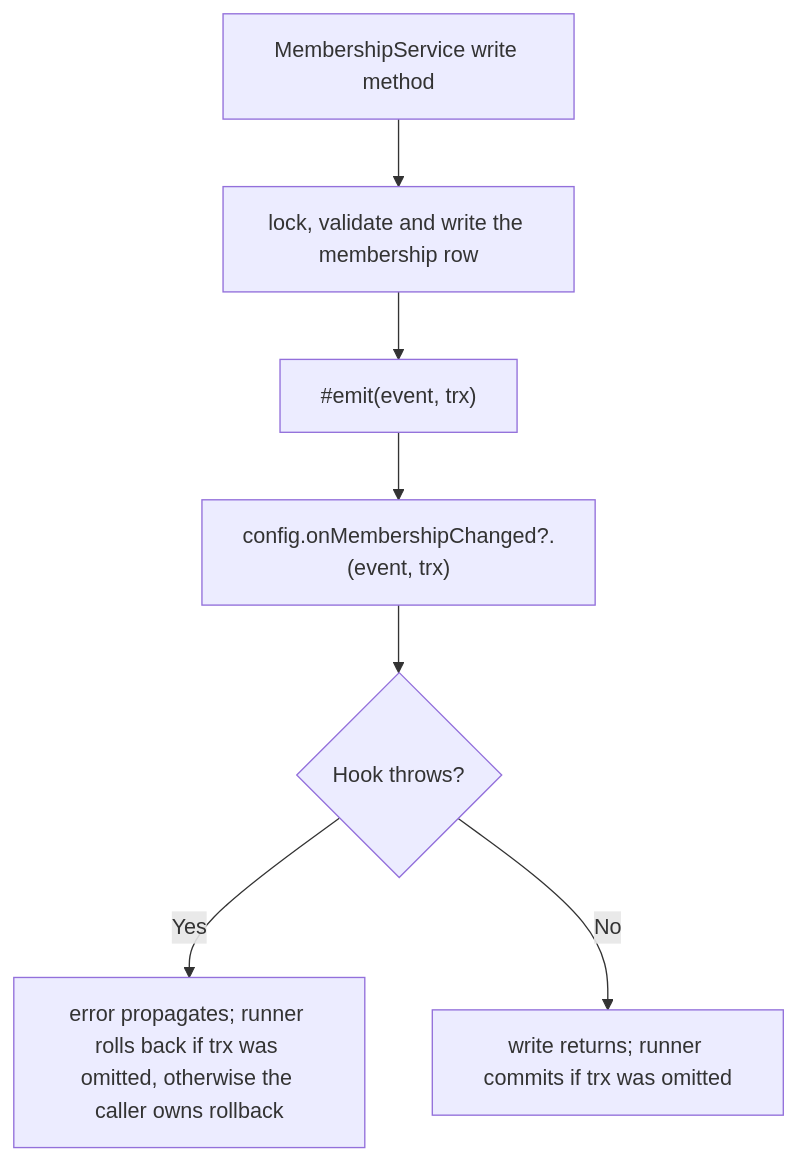
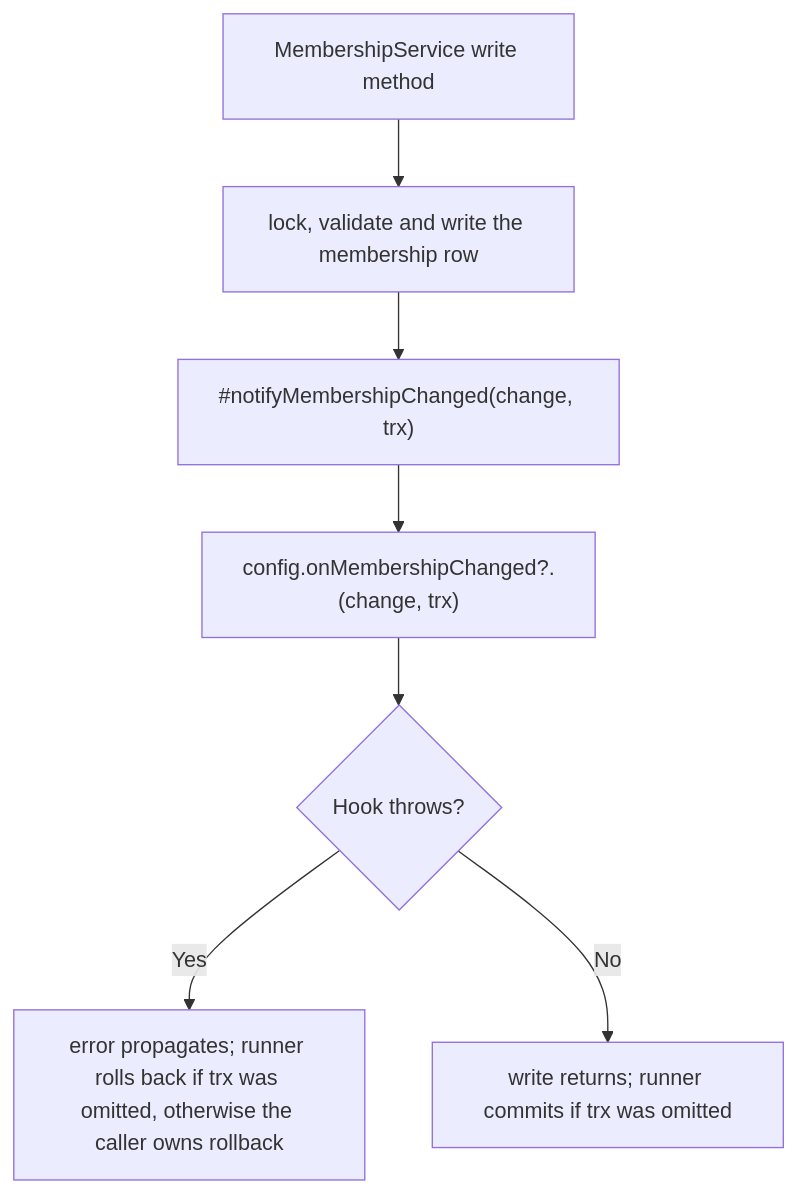
One commit to Kevinjohn/oss-adonisjs-access-control changed the second of 2 diagrams in user-stories/US-ACCESS-26-react-to-membership-changes.md. Above: the diagram before and after it, drawn with Mermaid. The commit also changed other lines of this file and 64 other files, not shown here.

````diff
--- a/user-stories/US-ACCESS-26-react-to-membership-changes.md
+++ b/user-stories/US-ACCESS-26-react-to-membership-changes.md
@@ -39,9 +39,9 @@
 ```mermaid
 flowchart TD
     A["MembershipService write method"] --> B["lock, validate and write the membership row"]
-    B --> C["#emit(event, trx)"]
-    C --> D["config.onMembershipChanged?.(event, trx)"]
+    B --> C["#notifyMembershipChanged(change, trx)"]
+    C --> D["config.onMembershipChanged?.(change, trx)"]
     D --> E{"Hook throws?"}
     E -->|Yes| F["error propagates; runner rolls back if trx was omitted, otherwise the caller owns rollback"]
     E -->|No| G["write returns; runner commits if trx was omitted"]
 ```
````
